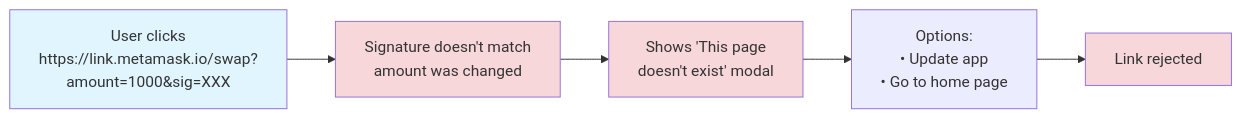
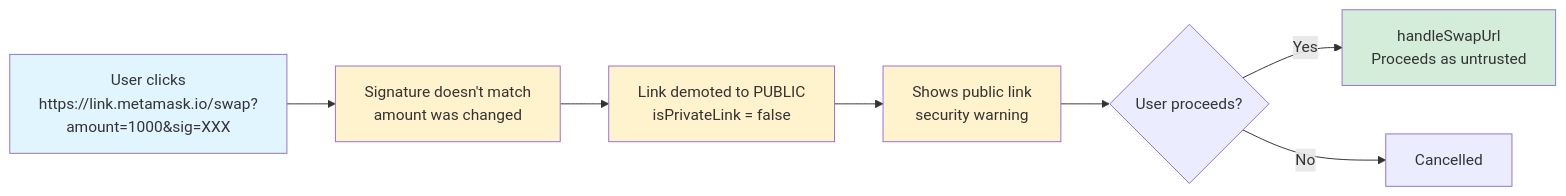
One commit to MetaMask/metamask-mobile changed the seventh of 13 diagrams in docs/readme/deeplinking-graphs.md. Above: the diagram before and after it, drawn with Mermaid. The commit also changed other lines of this file and 3 other files, not shown here.

````diff
--- a/docs/readme/deeplinking-graphs.md
+++ b/docs/readme/deeplinking-graphs.md
@@ -189,12 +216,15 @@
 ```mermaid
 flowchart LR
     Click[User clicks<br/>https://link.metamask.io/swap?<br/>amount=1000&sig=XXX] --> Check[Signature doesn't match<br/>amount was changed]
-    Check --> Modal[Shows 'This page<br/>doesn't exist' modal]
-    Modal --> Options[Options:<br/>• Update app<br/>• Go to home page]
-    Options --> Rejected[Link rejected]
+    Check --> Demoted[Link demoted to PUBLIC<br/>isPrivateLink = false]
+    Demoted --> Warning[Shows public link<br/>security warning]
+    Warning --> Proceed{User proceeds?}
+    Proceed -->|Yes| Handler[handleSwapUrl<br/>Proceeds as untrusted]
+    Proceed -->|No| Cancelled[Cancelled]
 
     style Click fill:#e1f5ff
-    style Check fill:#f8d7da
-    style Modal fill:#f8d7da
-    style Rejected fill:#f8d7da
+    style Check fill:#fff3cd
+    style Demoted fill:#fff3cd
+    style Warning fill:#fff3cd
+    style Handler fill:#d4edda
 ```
````
